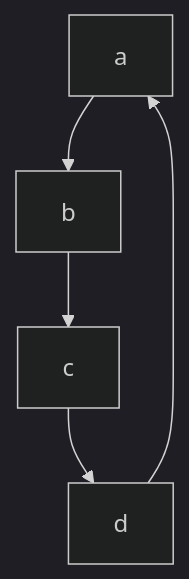
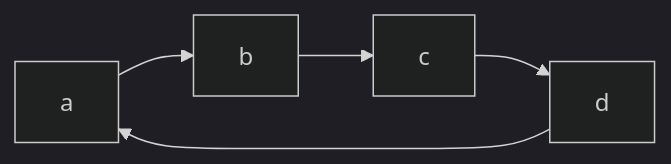
One commit to buckeye43210/sandbox changed the diagram in README.md. Above: the diagram before and after it, drawn with Mermaid (dark theme).

````diff
--- a/README.md
+++ b/README.md
@@ -5,7 +5,7 @@
  ```mermaid
- graph TD
+ graph LR
    a --> b
    b --> c
    c --> d
    d --> a
 ```
````
